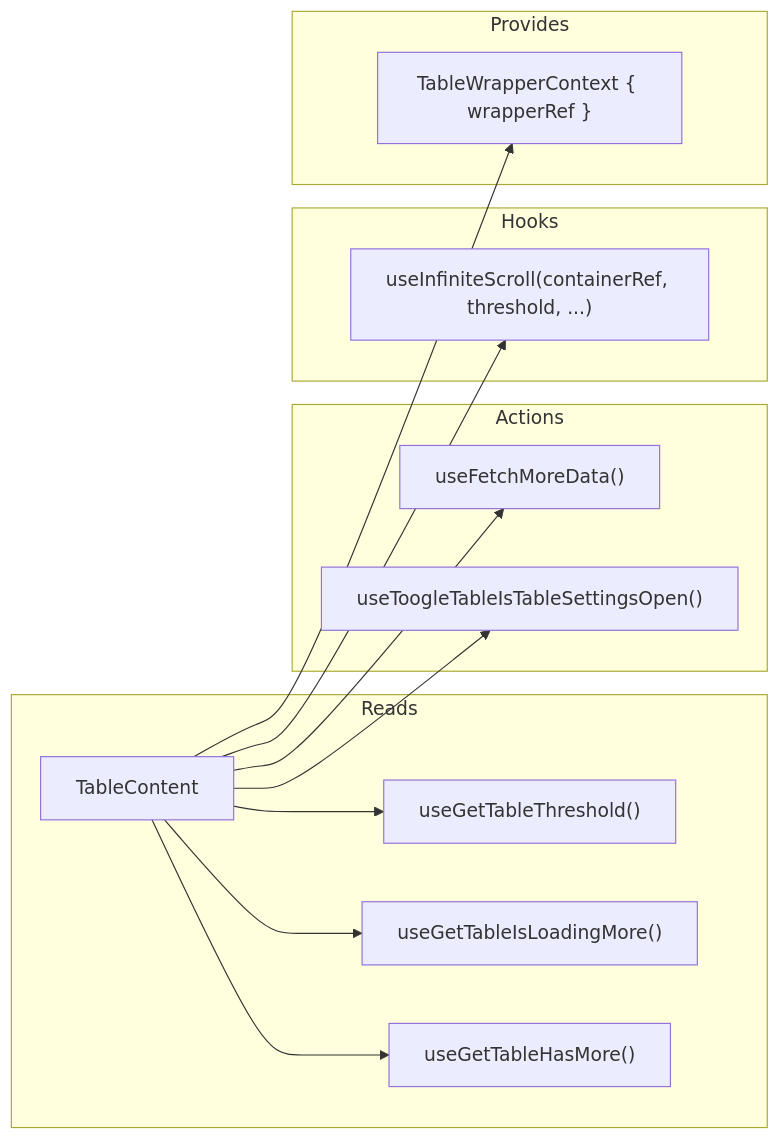
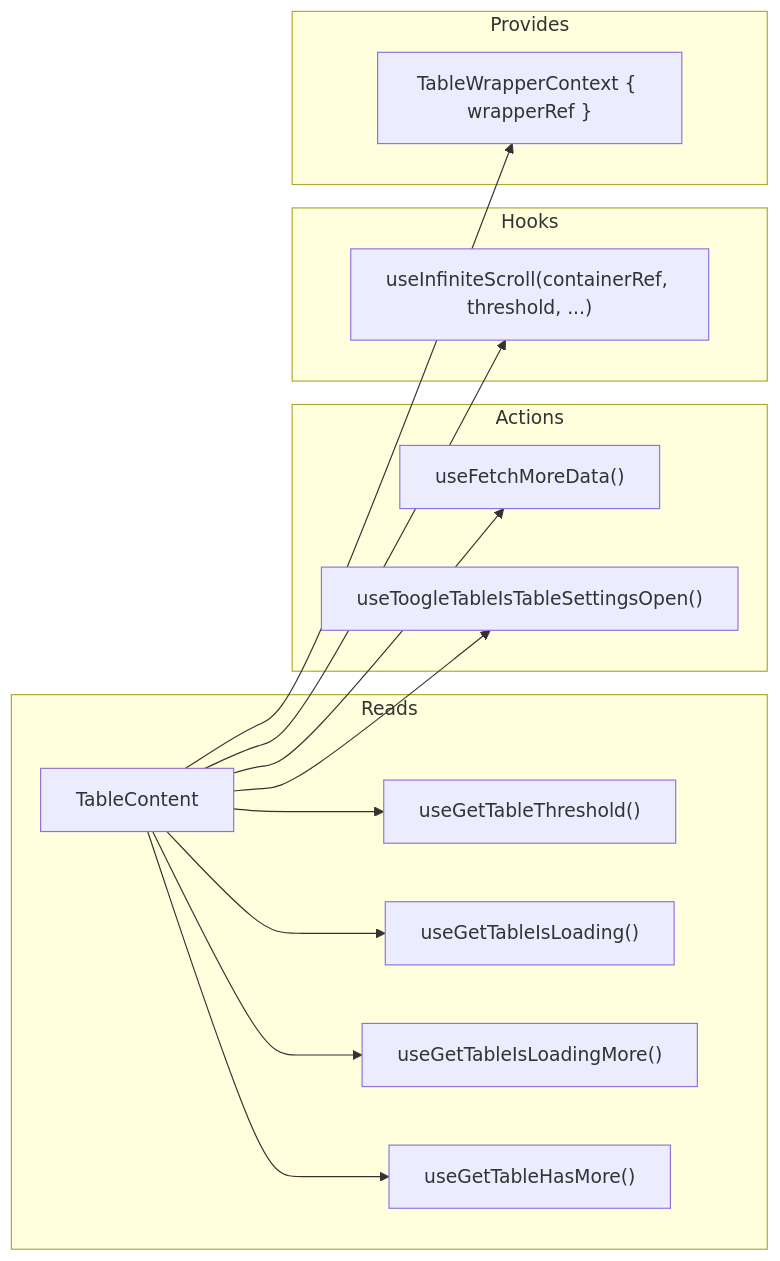
The second of 2 diagrams in src/components/Table/TableContent/ARCHITECTURE.md (luciocabrera/lcabrera-stack), drawn with Mermaid before and after one commit. The commit also changed other lines of this file and 40 other files, not shown here.

````diff
--- a/src/components/Table/TableContent/ARCHITECTURE.md
+++ b/src/components/Table/TableContent/ARCHITECTURE.md
@@ -38,21 +40,22 @@
 ```mermaid
 graph LR
   subgraph "Reads"
     TC["TableContent"] --> threshold["useGetTableThreshold()"]
+    TC --> isLoading["useGetTableIsLoading()"]
     TC --> isLoadingMore["useGetTableIsLoadingMore()"]
     TC --> hasMore["useGetTableHasMore()"]
   end
 
   subgraph "Actions"
     TC --> fetchMore["useFetchMoreData()"]
     TC --> toggleSettings["useToogleTableIsTableSettingsOpen()"]
   end
 
   subgraph "Hooks"
     TC --> scroll["useInfiniteScroll(containerRef, threshold, ...)"]
   end
 
   subgraph "Provides"
     TC --> wrapperCtx["TableWrapperContext { wrapperRef }"]
   end
 ```
````
